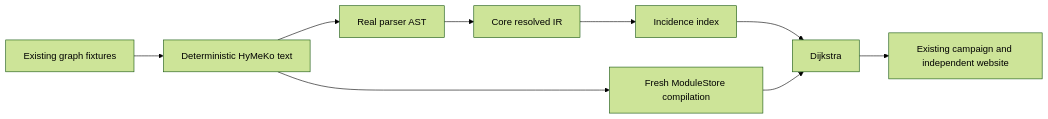
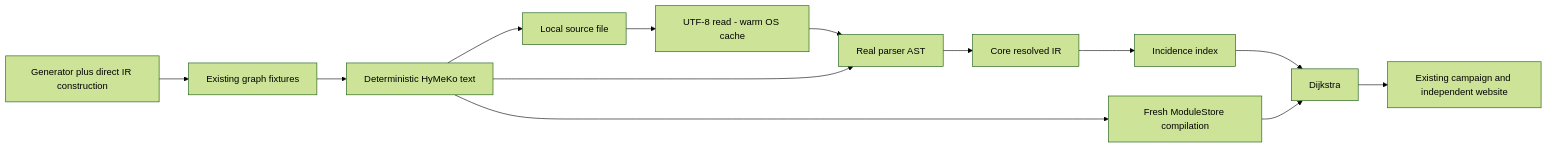
The diagram in docs/plans/2026-09-06-cross-platform-benchmarks/plan.mmd (hymeko-framework/graph), drawn with Mermaid (forest theme) before and after one commit. The commit also changed 7 other files, not shown here.

First line of the commit message:
test(graph): separate input preparation and query benchmark phases

```diff
--- a/docs/plans/2026-09-06-cross-platform-benchmarks/plan.mmd
+++ b/docs/plans/2026-09-06-cross-platform-benchmarks/plan.mmd
@@ -1,9 +1,13 @@
 flowchart LR
-  Fixture[Existing graph fixtures] --> Source[Deterministic HyMeKo text]
+  Generator[Generator plus direct IR construction] --> Fixture[Existing graph fixtures]
+  Fixture --> Source[Deterministic HyMeKo text]
+  Source --> File[Local source file]
+  File --> Read[UTF-8 read - warm OS cache]
+  Read --> AST
   Source --> AST[Real parser AST]
   AST --> IR[Core resolved IR]
   IR --> Index[Incidence index]
   Index --> Query[Dijkstra]
   Source --> Compile[Fresh ModuleStore compilation]
   Compile --> Query
   Query --> Evidence[Existing campaign and independent website]
```
